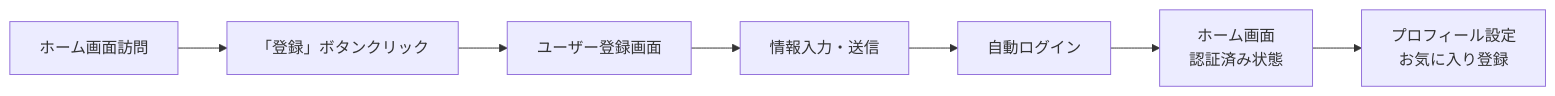
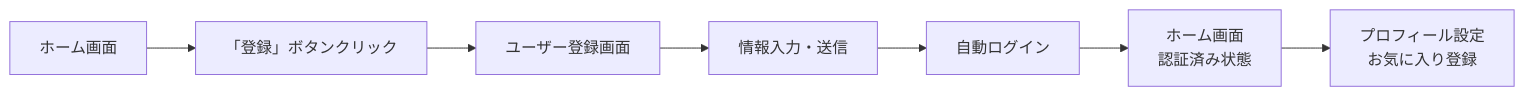
Before and after one commit to Yuuki883/football-hub: the first of 4 diagrams in docs/SCREEN_TRANSITION.md, drawn with Mermaid. The commit also changed other lines of this file, not shown here.

````diff
--- a/docs/SCREEN_TRANSITION.md
+++ b/docs/SCREEN_TRANSITION.md
@@ -117,9 +20,9 @@
 ```mermaid
 graph LR
-    A[ホーム画面訪問] --> B[「登録」ボタンクリック]
+    A[ホーム画面] --> B[「登録」ボタンクリック]
     B --> C[ユーザー登録画面]
     C --> D[情報入力・送信]
     D --> E[自動ログイン]
     E --> F[ホーム画面<br/>認証済み状態]
     F --> G[プロフィール設定<br/>お気に入り登録]
 ```
````
